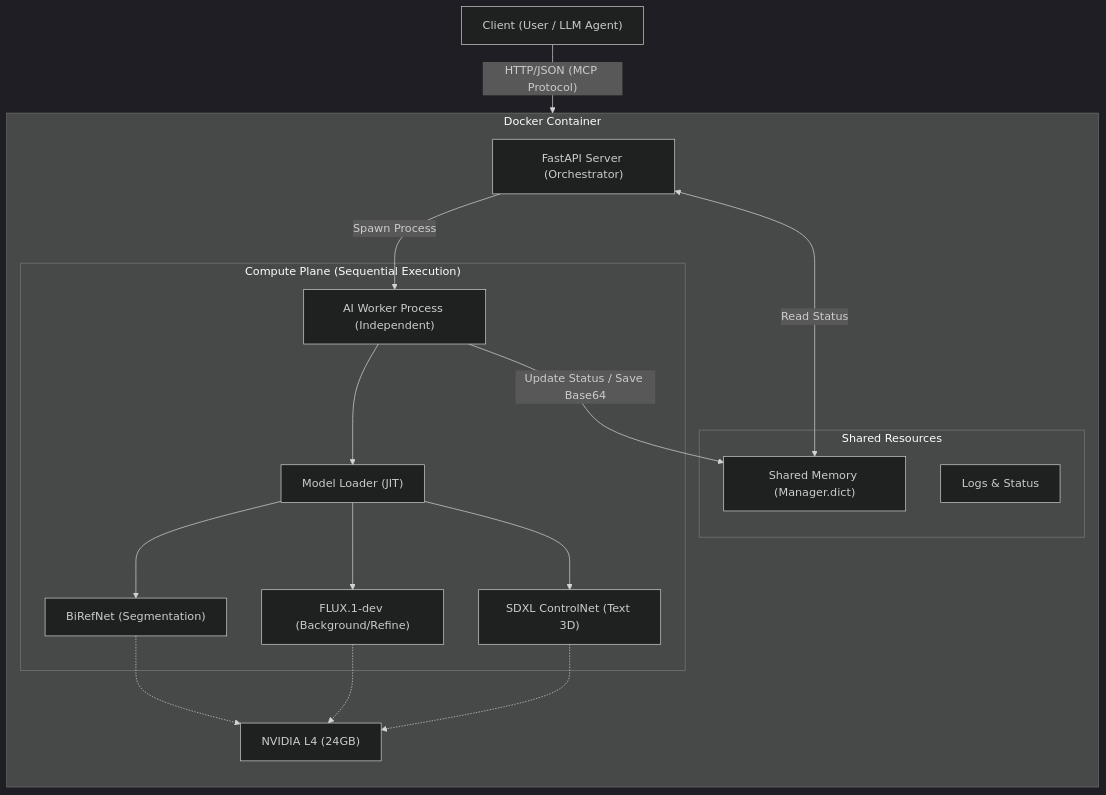
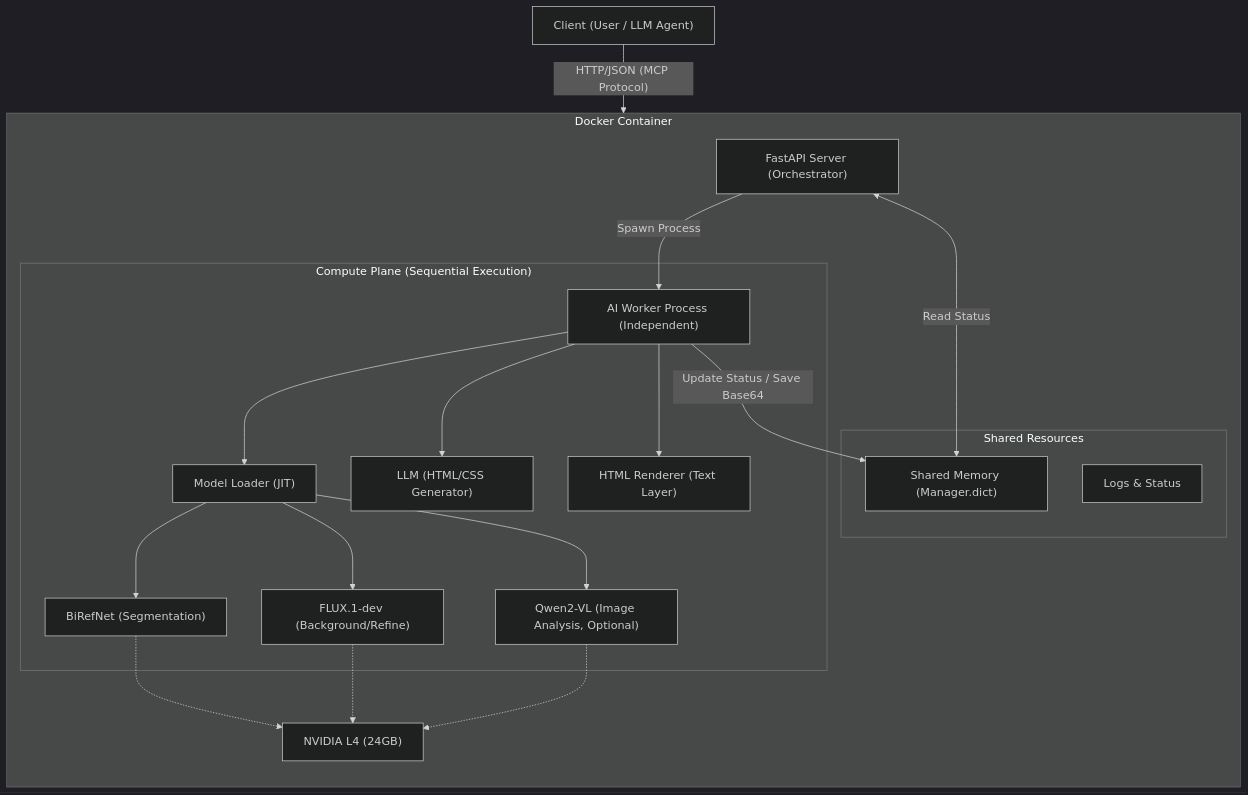
One commit to krapnuyij/codeit-ai-3team-ad-content changed the first of 2 diagrams in docs/doc/nanoCocoa_AI_Server_아키텍처설계.md. Above: the diagram before and after it, drawn with Mermaid (dark theme). The commit also changed other lines of this file and 8 other files, not shown here.

````diff
--- a/docs/doc/nanoCocoa_AI_Server_아키텍처설계.md
+++ b/docs/doc/nanoCocoa_AI_Server_아키텍처설계.md
@@ -39,34 +39,38 @@
 ```mermaid
 graph TD
     Client["Client (User / LLM Agent)"] -- HTTP/JSON (MCP Protocol) --> API["FastAPI Server (Orchestrator)"]
     
     subgraph "Docker Container"
         direction TB
         API -- Spawn Process --> Worker["AI Worker Process (Independent)"]
         
         subgraph "Shared Resources"
             SM["Shared Memory (Manager.dict)"]
             LOG["Logs & Status"]
         end
         
         API <-- Read Status --> SM
         Worker -- Update Status / Save Base64 --> SM
         
         subgraph "Compute Plane (Sequential Execution)"
             Loader["Model Loader (JIT)"]
             M1["BiRefNet (Segmentation)"]
             M2["FLUX.1-dev (Background/Refine)"]
-            M3["SDXL ControlNet (Text 3D)"]
+            M3["Qwen2-VL (Image Analysis, Optional)"]
+            M4["LLM (HTML/CSS Generator)"]
+            M5["HTML Renderer (Text Layer)"]
             
             Worker --> Loader
             Loader --> M1
             Loader --> M2
             Loader --> M3
+            Worker --> M4
+            Worker --> M5
         end
         
         M1 -.-> GPU["NVIDIA L4 (24GB)"]
         M2 -.-> GPU
         M3 -.-> GPU
     end
 
 ```
````
